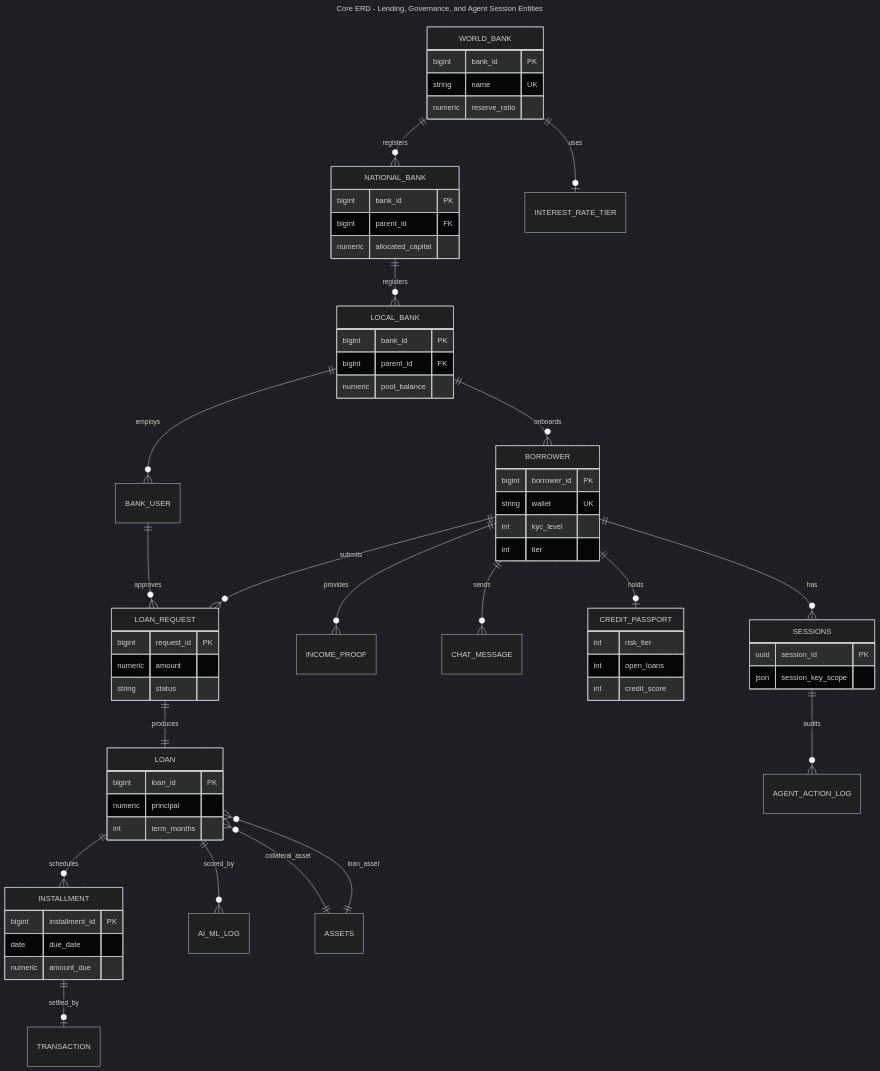
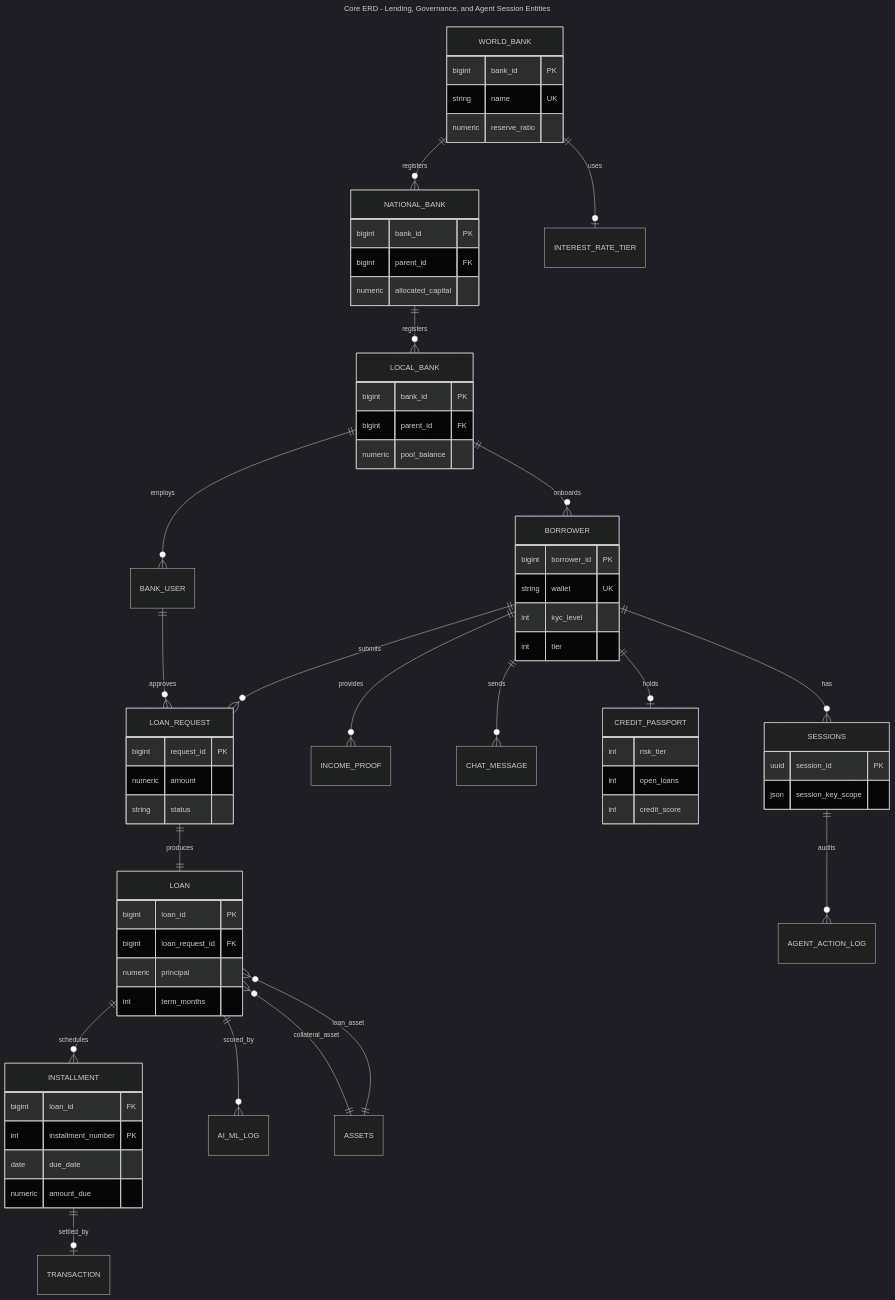
Before and after one commit to Yuvraajrahman/Cryto-World-Bank: the diagram in Documentation/Diagrams/mermaid-src/improved diagrams/fig-erd-core.mmd, drawn with Mermaid (dark theme). The commit also changed 115 other files, not shown here.

Commit message:
updated and fixed diagrams

```diff
--- a/Documentation/Diagrams/mermaid-src/improved diagrams/fig-erd-core.mmd
+++ b/Documentation/Diagrams/mermaid-src/improved diagrams/fig-erd-core.mmd
@@ -1,72 +1,74 @@
 ---
 title: Core ERD - Lending, Governance, and Agent Session Entities
 config:
   er:
-    fontSize: 20
-    entityPadding: 20
+    fontSize: 30
+    entityPadding: 30
 ---
 erDiagram
     WORLD_BANK ||--o{ NATIONAL_BANK : registers
     NATIONAL_BANK ||--o{ LOCAL_BANK : registers
     LOCAL_BANK ||--o{ BANK_USER : employs
     LOCAL_BANK ||--o{ BORROWER : onboards
     BORROWER ||--o{ LOAN_REQUEST : submits
     BANK_USER ||--o{ LOAN_REQUEST : approves
     LOAN_REQUEST ||--|| LOAN : produces
     LOAN ||--o{ INSTALLMENT : schedules
     INSTALLMENT ||--o| TRANSACTION : settled_by
     BORROWER ||--o{ INCOME_PROOF : provides
     BORROWER ||--o{ CHAT_MESSAGE : sends
     LOAN ||--o{ AI_ML_LOG : scored_by
     BORROWER ||--o| CREDIT_PASSPORT : holds
     BORROWER ||--o{ SESSIONS : has
     SESSIONS ||--o{ AGENT_ACTION_LOG : audits
     WORLD_BANK ||--o| INTEREST_RATE_TIER : uses
     LOAN }o--|| ASSETS : collateral_asset
     LOAN }o--|| ASSETS : loan_asset
 
     WORLD_BANK {
         bigint bank_id PK
         string name UK
         numeric reserve_ratio
     }
     NATIONAL_BANK {
         bigint bank_id PK
         bigint parent_id FK
         numeric allocated_capital
     }
     LOCAL_BANK {
         bigint bank_id PK
         bigint parent_id FK
         numeric pool_balance
     }
     BORROWER {
         bigint borrower_id PK
         string wallet UK
         int kyc_level
         int tier
     }
     LOAN_REQUEST {
         bigint request_id PK
         numeric amount
         string status
     }
     LOAN {
         bigint loan_id PK
+        bigint loan_request_id FK
         numeric principal
         int term_months
     }
     INSTALLMENT {
-        bigint installment_id PK
+        bigint loan_id FK
+        int installment_number PK
         date due_date
         numeric amount_due
     }
     CREDIT_PASSPORT {
         int risk_tier
         int open_loans
         int credit_score
     }
     SESSIONS {
         uuid session_id PK
         json session_key_scope
     }
```
